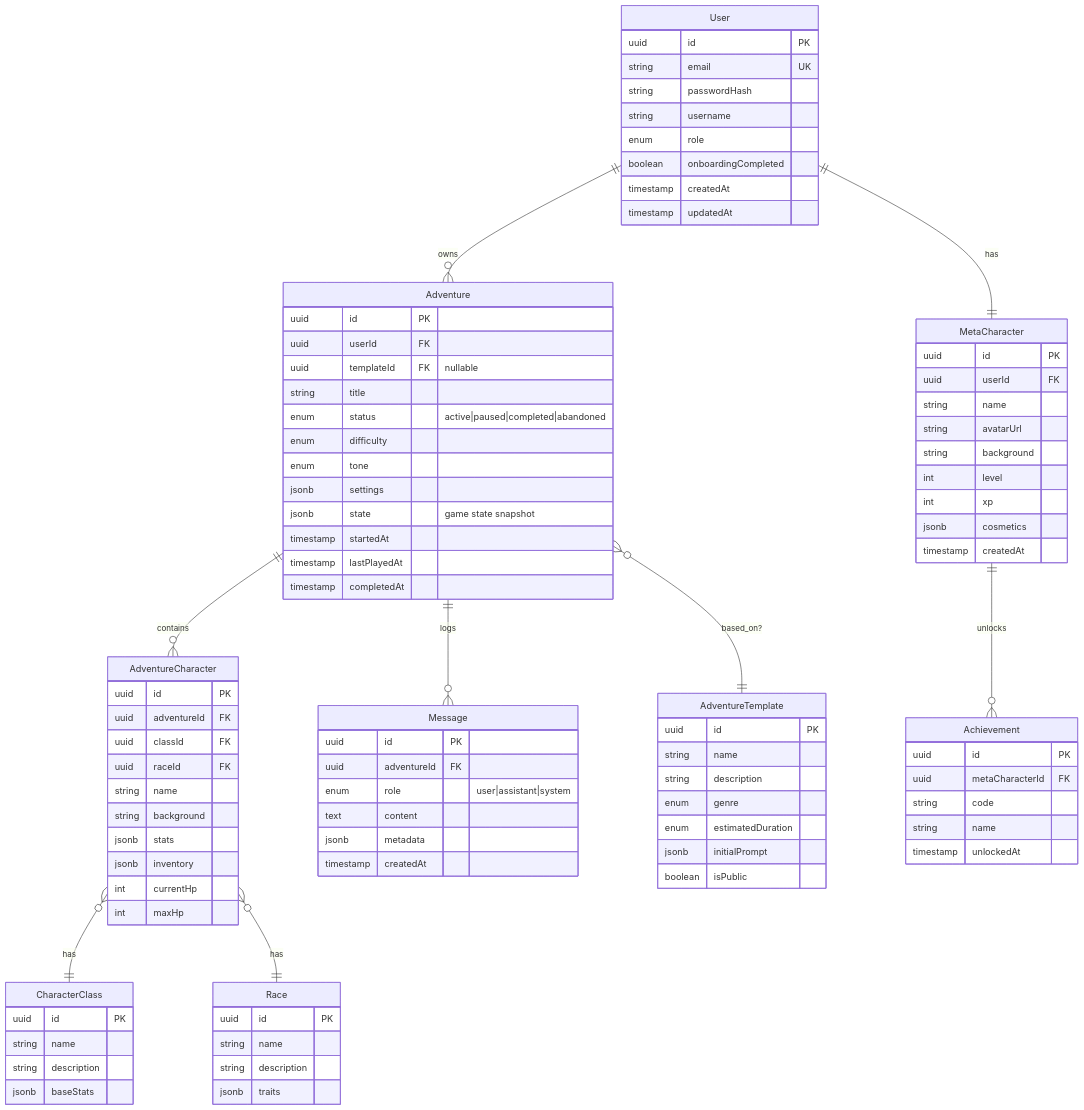
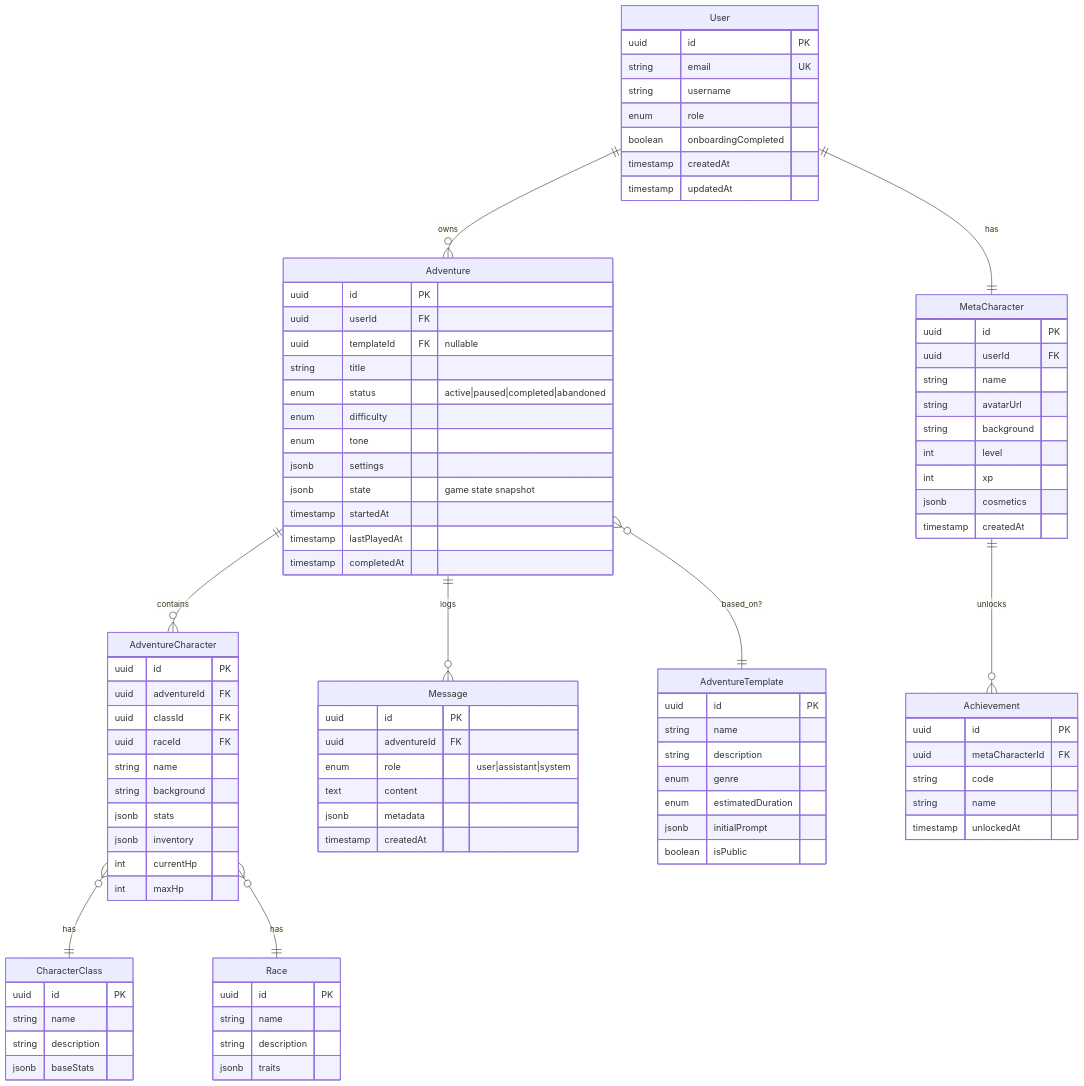
Before and after one commit to StrangeKd/jdrai: the second of 2 diagrams in docs/architecture.md, drawn with Mermaid. The commit also changed other lines of this file, not shown here.

First line of the commit message:
Updates architecture documentation

```diff
--- a/docs/architecture.md
+++ b/docs/architecture.md
@@ -145,7 +145,6 @@
     User {
         uuid id PK
         string email UK
-        string passwordHash
         string username
         enum role
         boolean onboardingCompleted
```
